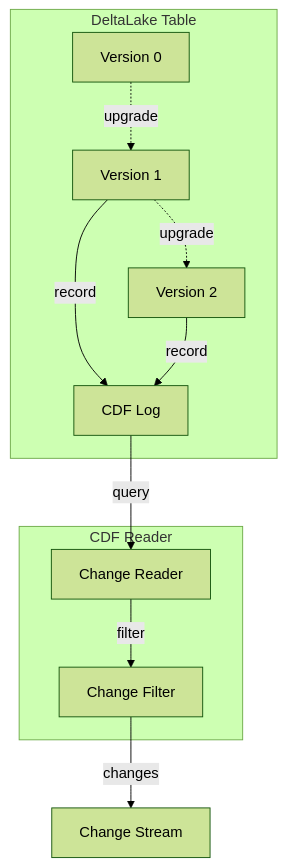
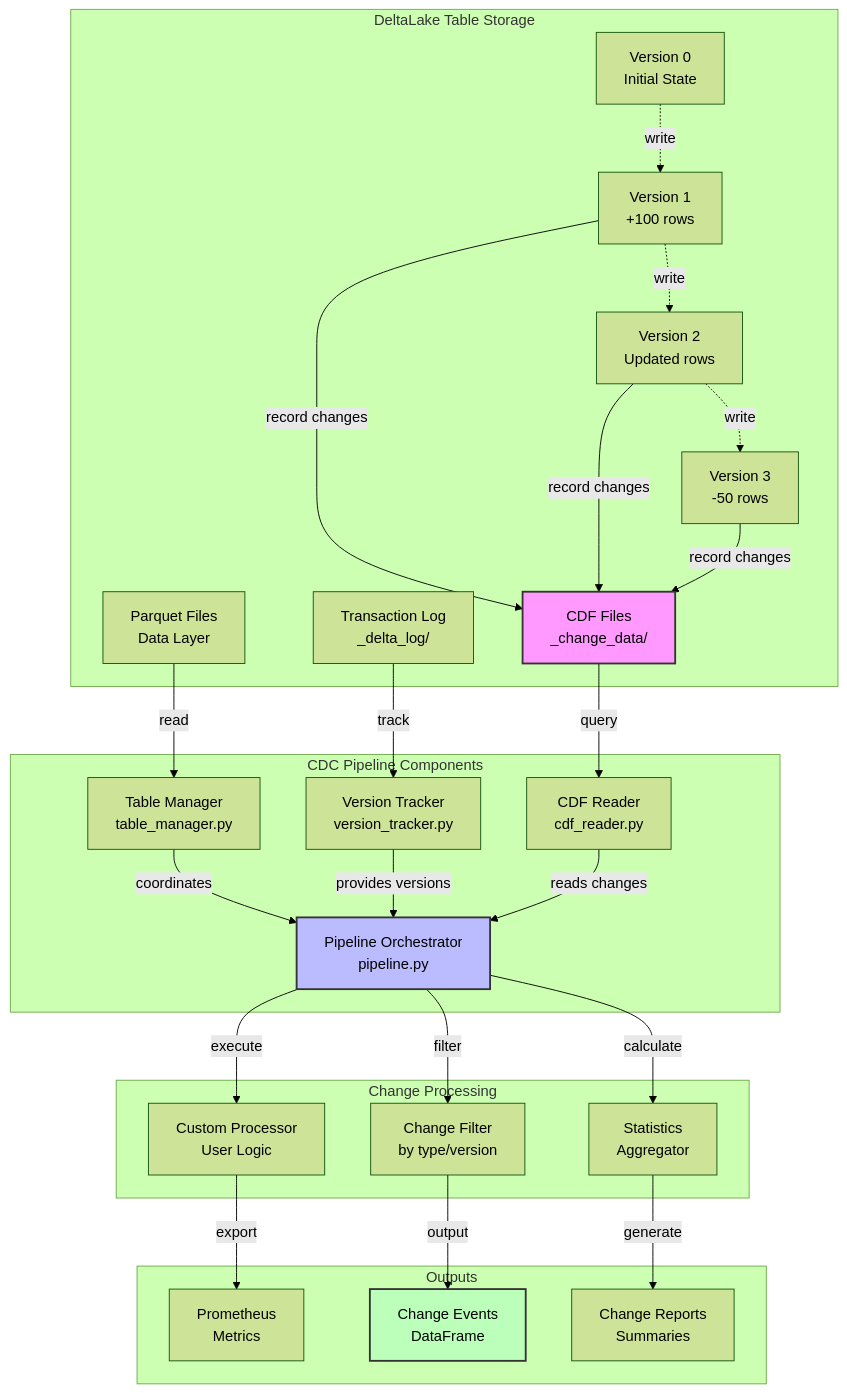
One commit to NhaLeTruc/claude-cdc-demo changed the fifth of 12 diagrams in docs/architecture.md. Above: the diagram before and after it, drawn with Mermaid (forest theme). The commit also changed other lines of this file and 1 other file, not shown here.

````diff
--- a/docs/architecture.md
+++ b/docs/architecture.md
@@ -154,23 +156,60 @@
 ```mermaid
 graph TB
-    subgraph "DeltaLake Table"
-        V0[Version 0]
-        V1[Version 1]
-        V2[Version 2]
-        CDF_LOG[CDF Log]
+    subgraph "DeltaLake Table Storage"
+        V0[Version 0<br/>Initial State]
+        V1[Version 1<br/>+100 rows]
+        V2[Version 2<br/>Updated rows]
+        V3[Version 3<br/>-50 rows]
+
+        PARQUET[Parquet Files<br/>Data Layer]
+        TXLOG[Transaction Log<br/>_delta_log/]
+        CDF_FILES[CDF Files<br/>_change_data/]
     end
 
-    subgraph "CDF Reader"
-        READER[Change Reader]
-        FILTER[Change Filter]
+    subgraph "CDC Pipeline Components"
+        TM[Table Manager<br/>table_manager.py]
+        VT[Version Tracker<br/>version_tracker.py]
+        CR[CDF Reader<br/>cdf_reader.py]
+        PO[Pipeline Orchestrator<br/>pipeline.py]
     end
 
-    V0 -.->|upgrade| V1
-    V1 -.->|upgrade| V2
-    V1 -->|record| CDF_LOG
-    V2 -->|record| CDF_LOG
+    subgraph "Change Processing"
+        FILTER[Change Filter<br/>by type/version]
+        STATS[Statistics<br/>Aggregator]
+        PROCESSOR[Custom Processor<br/>User Logic]
+    end
 
-    CDF_LOG -->|query| READER
-    READER -->|filter| FILTER
-    FILTER -->|changes| OUTPUT[Change Stream]
+    subgraph "Outputs"
+        METRICS[Prometheus<br/>Metrics]
+        CHANGES[Change Events<br/>DataFrame]
+        REPORTS[Change Reports<br/>Summaries]
+    end
+
+    V0 -.->|write| V1
+    V1 -.->|write| V2
+    V2 -.->|write| V3
+
+    V1 -->|record changes| CDF_FILES
+    V2 -->|record changes| CDF_FILES
+    V3 -->|record changes| CDF_FILES
+
+    PARQUET -->|read| TM
+    TXLOG -->|track| VT
+    CDF_FILES -->|query| CR
+
+    TM -->|coordinates| PO
+    VT -->|provides versions| PO
+    CR -->|reads changes| PO
+
+    PO -->|filter| FILTER
+    PO -->|calculate| STATS
+    PO -->|execute| PROCESSOR
+
+    FILTER -->|output| CHANGES
+    STATS -->|generate| REPORTS
+    PROCESSOR -->|export| METRICS
+
+    style CDF_FILES fill:#f9f,stroke:#333,stroke-width:2px
+    style PO fill:#bbf,stroke:#333,stroke-width:2px
+    style CHANGES fill:#bfb,stroke:#333,stroke-width:2px
 ```
````
